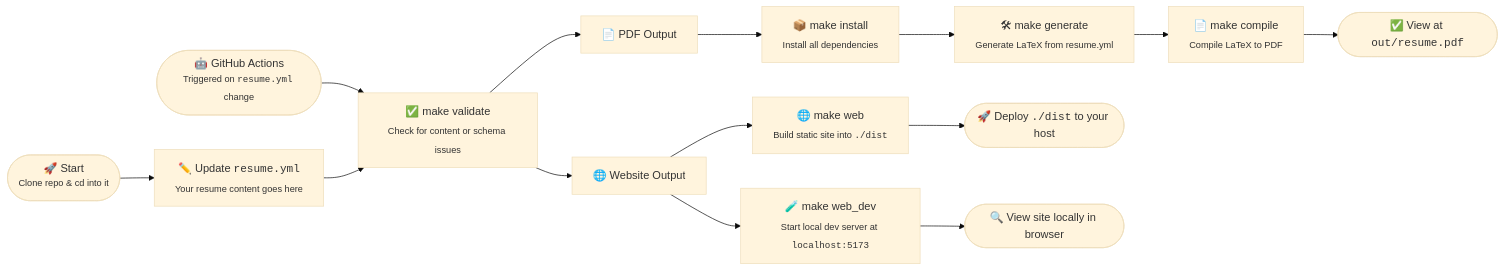
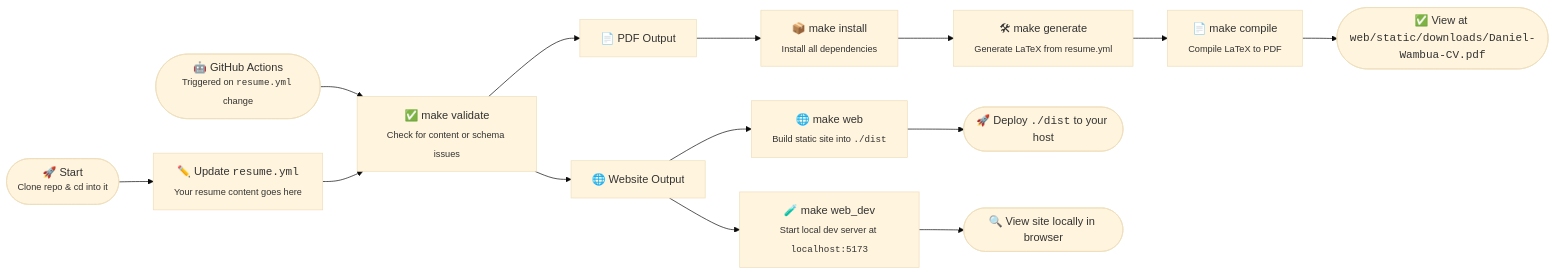
One commit to Daniel-wambua/cv changed the diagram in .github/README.md. Above: the diagram before and after it, drawn with Mermaid (base theme). The commit also changed 14 other files, not shown here.

````diff
--- a/.github/README.md
+++ b/.github/README.md
@@ -97,21 +97,21 @@
 ```mermaid
 flowchart LR
     GA([🤖 GitHub Actions<br><sup>Triggered on <code>resume.yml</code> change</sup>]) --> A3
 
     A1([🚀 Start<br><sup>Clone repo & cd into it</sup>]) --> A2[✏️ Update <code>resume.yml</code><br><sub>Your resume content goes here</sub>]
     A2 --> A3[✅ make validate<br><sub>Check for content or schema issues</sub>]
 
     %% PDF PATH
     A3 --> PDF[📄 PDF Output]
     PDF --> B1[📦 make install<br><sub>Install all dependencies</sub>]
     B1 --> B2[🛠 make generate<br><sub>Generate LaTeX from resume.yml</sub>]
     B2 --> B3[📄 make compile<br><sub>Compile LaTeX to PDF</sub>]
-    B3 --> B4([✅ View at <code>out/resume.pdf</code>])
+    B3 --> B4([✅ View at <code>web/static/downloads/Daniel-Wambua-CV.pdf</code>])
 
     %% WEB PATH
     A3 --> Web[🌐 Website Output]
     Web --> C1[🌐 make web<br><sub>Build static site into <code>./dist</code></sub>]
     Web --> C2[🧪 make web_dev<br><sub>Start local dev server at <code>localhost:5173</code></sub>]
     C1 --> C3([🚀 Deploy <code>./dist</code> to your host])
     C2 --> C4([🔍 View site locally in browser])
 ```
````
